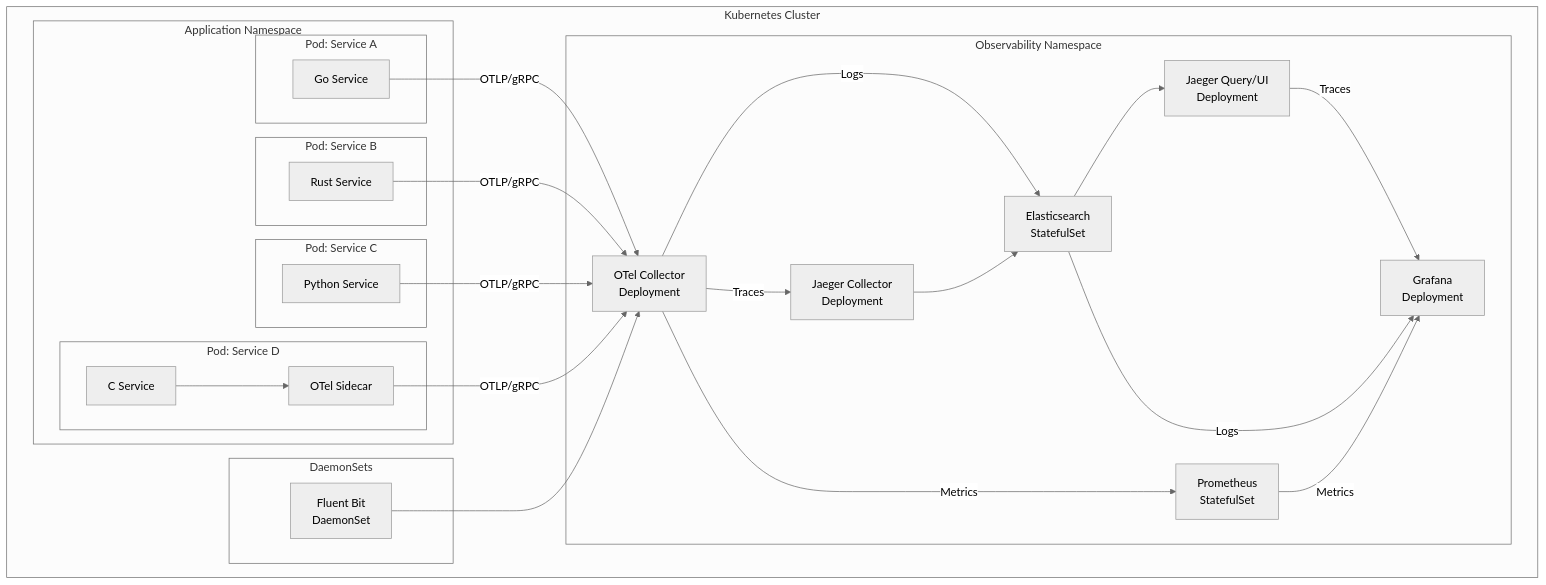
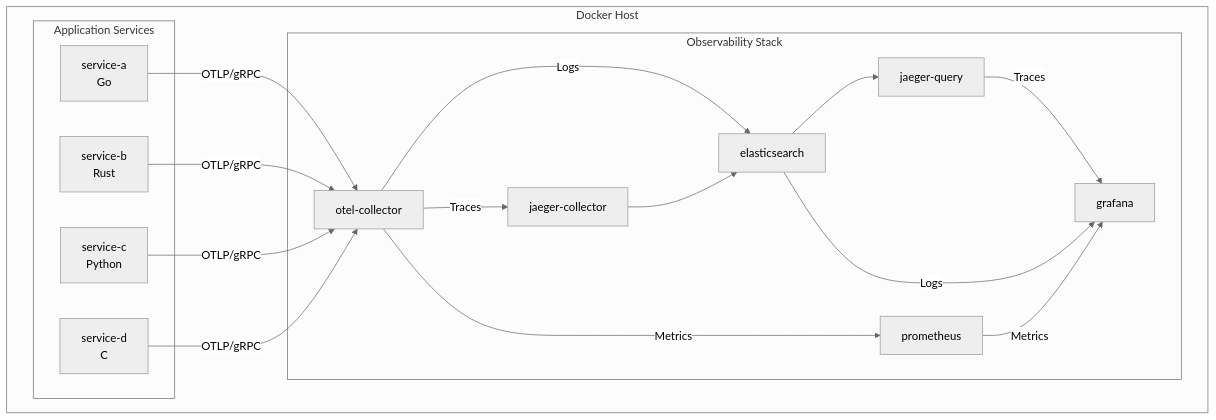
Diagram 13 of 20 in ARCHITECTURE.md (tordynnar/architecture_ideas), drawn with Mermaid (neutral theme) before and after one commit. The commit also changed other lines of this file, not shown here.

First line of the commit message:
Replace Kubernetes with Docker Compose deployment architecture

````diff
--- a/ARCHITECTURE.md
+++ b/ARCHITECTURE.md
@@ -580,50 +564,35 @@
 ```mermaid
 flowchart TB
-    subgraph "Kubernetes Cluster"
-        subgraph "Application Namespace"
-            subgraph "Pod: Service A"
-                SVC_A[Go Service]
-            end
-            subgraph "Pod: Service B"
-                SVC_B[Rust Service]
-            end
-            subgraph "Pod: Service C"
-                SVC_C[Python Service]
-            end
-            subgraph "Pod: Service D"
-                SVC_D[C Service]
-                SIDECAR[OTel Sidecar]
-            end
+    subgraph "Docker Host"
+        subgraph "Application Services"
+            SVC_A[service-a<br/>Go]
+            SVC_B[service-b<br/>Rust]
+            SVC_C[service-c<br/>Python]
+            SVC_D[service-d<br/>C]
         end
 
-        subgraph "Observability Namespace"
-            OTEL_DEPLOY[OTel Collector<br/>Deployment]
-            JAEGER_COL_DEPLOY[Jaeger Collector<br/>Deployment]
-            JAEGER_Q_DEPLOY[Jaeger Query/UI<br/>Deployment]
-            PROM_DEPLOY[Prometheus<br/>StatefulSet]
-            ES_DEPLOY[Elasticsearch<br/>StatefulSet]
-            GRAFANA_DEPLOY[Grafana<br/>Deployment]
-        end
-
-        subgraph "DaemonSets"
-            FB_DS[Fluent Bit<br/>DaemonSet]
+        subgraph "Observability Stack"
+            OTEL[otel-collector]
+            JAEGER_COL[jaeger-collector]
+            JAEGER_Q[jaeger-query]
+            PROM[prometheus]
+            ES[elasticsearch]
+            GRAFANA[grafana]
         end
     end
 
-    SVC_A -->|OTLP/gRPC| OTEL_DEPLOY
-    SVC_B -->|OTLP/gRPC| OTEL_DEPLOY
-    SVC_C -->|OTLP/gRPC| OTEL_DEPLOY
-    SVC_D --> SIDECAR
-    SIDECAR -->|OTLP/gRPC| OTEL_DEPLOY
+    SVC_A -->|OTLP/gRPC| OTEL
+    SVC_B -->|OTLP/gRPC| OTEL
+    SVC_C -->|OTLP/gRPC| OTEL
+    SVC_D -->|OTLP/gRPC| OTEL
 
-    OTEL_DEPLOY -->|Traces| JAEGER_COL_DEPLOY
-    OTEL_DEPLOY -->|Metrics| PROM_DEPLOY
-    OTEL_DEPLOY -->|Logs| ES_DEPLOY
-    JAEGER_COL_DEPLOY --> ES_DEPLOY
-    ES_DEPLOY --> JAEGER_Q_DEPLOY
+    OTEL -->|Traces| JAEGER_COL
+    OTEL -->|Metrics| PROM
+    OTEL -->|Logs| ES
+    JAEGER_COL --> ES
+    ES --> JAEGER_Q
 
-    FB_DS --> OTEL_DEPLOY
-    JAEGER_Q_DEPLOY -->|Traces| GRAFANA_DEPLOY
-    ES_DEPLOY -->|Logs| GRAFANA_DEPLOY
-    PROM_DEPLOY -->|Metrics| GRAFANA_DEPLOY
+    JAEGER_Q -->|Traces| GRAFANA
+    ES -->|Logs| GRAFANA
+    PROM -->|Metrics| GRAFANA
 ```
````
